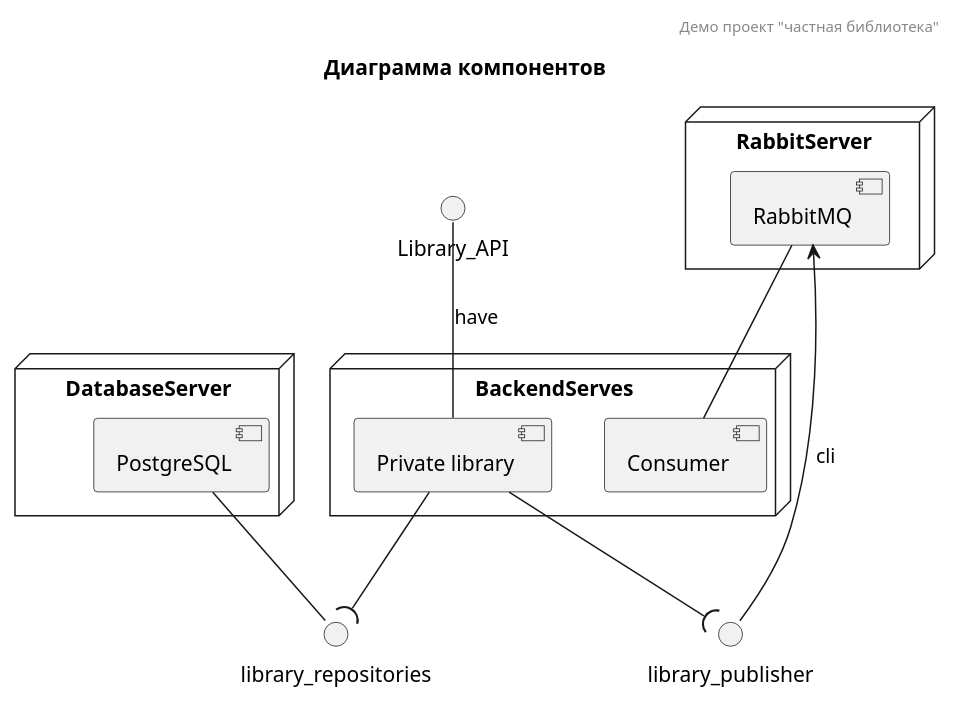
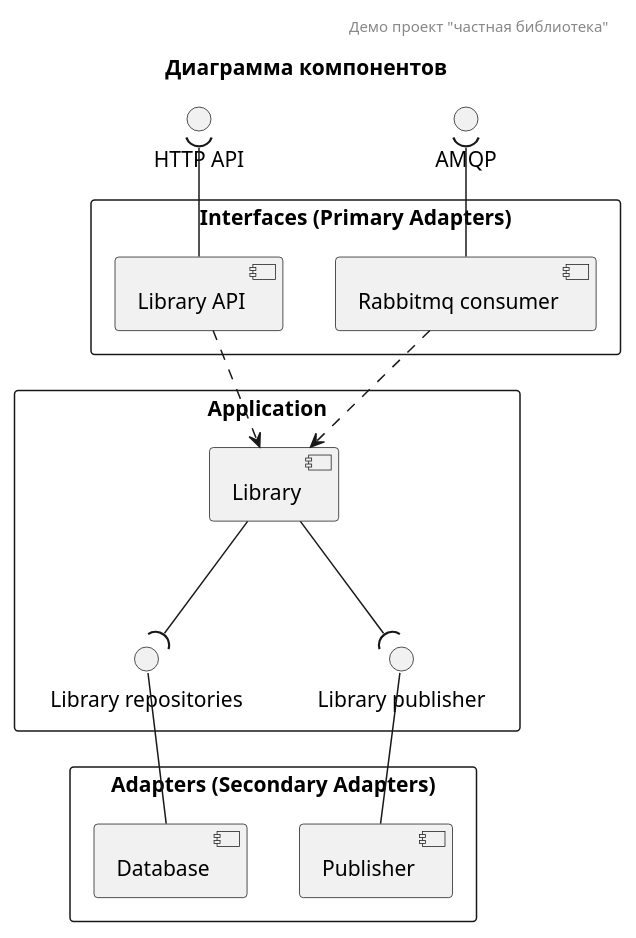
One commit to Vurgul/private-library-project changed the diagram in docs/components.puml. Above: the diagram before and after it, drawn with PlantUML. The commit also changed 18 other files, not shown here.

Commit message:
Refactoring code, add logic of booking, add deployment diagram

```diff
--- a/docs/components.puml
+++ b/docs/components.puml
@@ -1,28 +1,36 @@
 @startuml
 header Демо проект "частная библиотека"
 title Диаграмма компонентов
 
 
-node "BackendServes"{
-    component "Private library" as PL
-    component "Consumer" as consumer
+rectangle "Interfaces (Primary Adapters)" {
+  [Library API] as lib_api
+  [Rabbitmq consumer] as rabbitmq_consumer
 }
 
-node "DatabaseServer"{
-    component "PostgreSQL"  as PSQL
+rectangle "Application" {
+  [Library] as library
+  interface "Library repositories" as library_repositories
+  interface "Library publisher" as library_publisher
 }
 
-node "RabbitServer"{
-    component "RabbitMQ"  as RMQ
+rectangle "Adapters (Secondary Adapters)" {
+  [Database] as database
+  [Publisher] as publisher
 }
 
-() "Library_API"  as LAPI
+() "AMQP" as amqp
+() "HTTP API" as http_api
 
-RMQ -- consumer
-PL --( library_repositories
-PSQL -- library_repositories
-PL --( library_publisher
-library_publisher --> RMQ: cli
-LAPI -- PL : have
+rabbitmq_consumer -u-( amqp
+lib_api -u-( http_api
+lib_api ..> library
+rabbitmq_consumer ..> library
+
+library --( library_repositories
+library --( library_publisher
+
+publisher -u- library_publisher
+database -u- library_repositories
 
 @enduml
```
